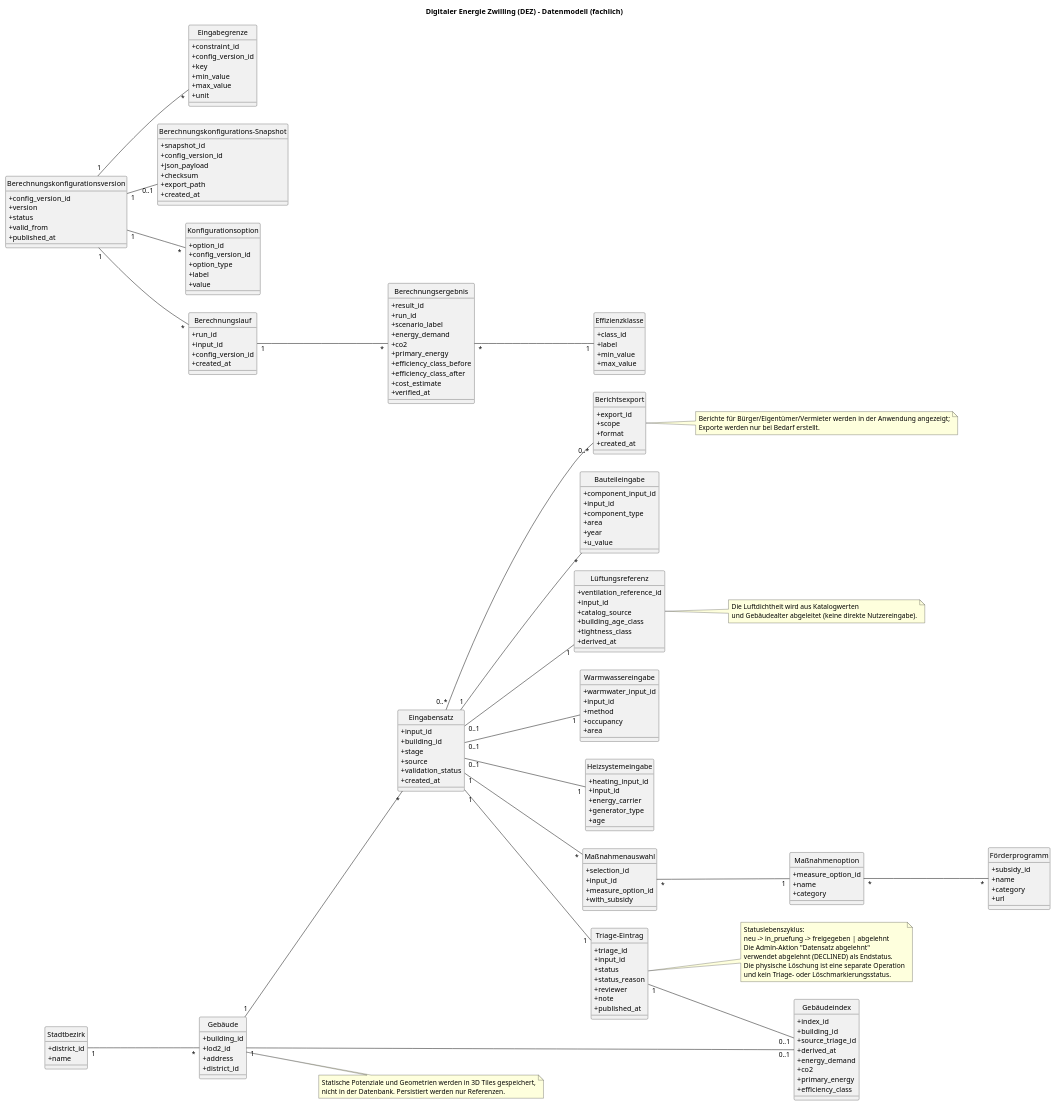
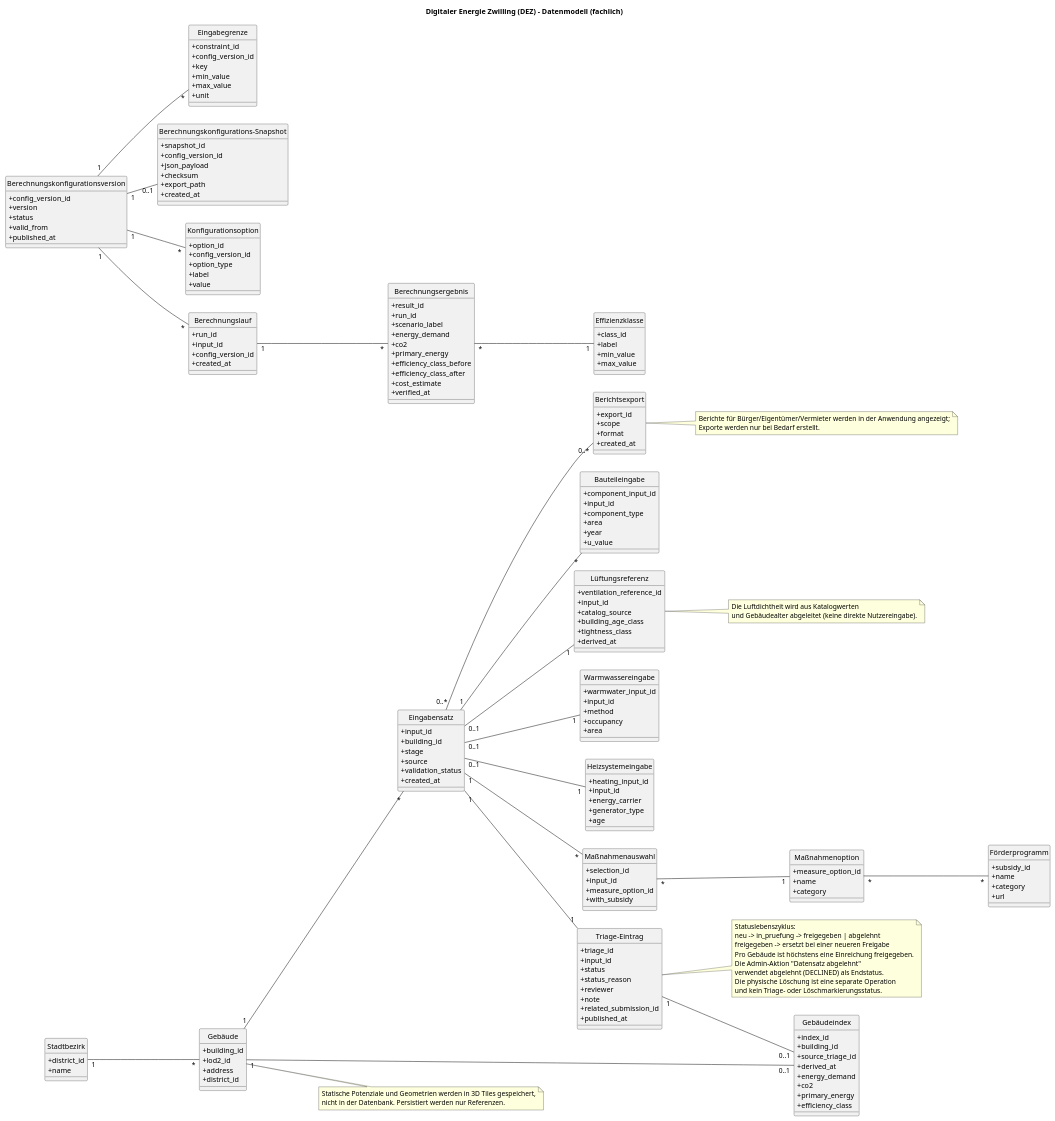
Before and after one commit to csi-FOXBYTE/Regensburg_DigitalerEnergieZwilling_Backend: the diagram in docs/architecture/raw/data-model.puml, drawn with PlantUML. The commit also changed 16 other files, not shown here.

```diff
--- a/docs/architecture/raw/data-model.puml
+++ b/docs/architecture/raw/data-model.puml
@@ -159,6 +159,7 @@
   +status_reason
   +reviewer
   +note
+  +related_submission_id
   +published_at
 }
 
@@ -211,6 +212,8 @@
 note right of TriageRecord
 Statuslebenszyklus:
 neu -> in_pruefung -> freigegeben | abgelehnt
+freigegeben -> ersetzt bei einer neueren Freigabe
+Pro Gebäude ist höchstens eine Einreichung freigegeben.
 Die Admin-Aktion "Datensatz abgelehnt"
 verwendet abgelehnt (DECLINED) als Endstatus.
 Die physische Löschung ist eine separate Operation
```
